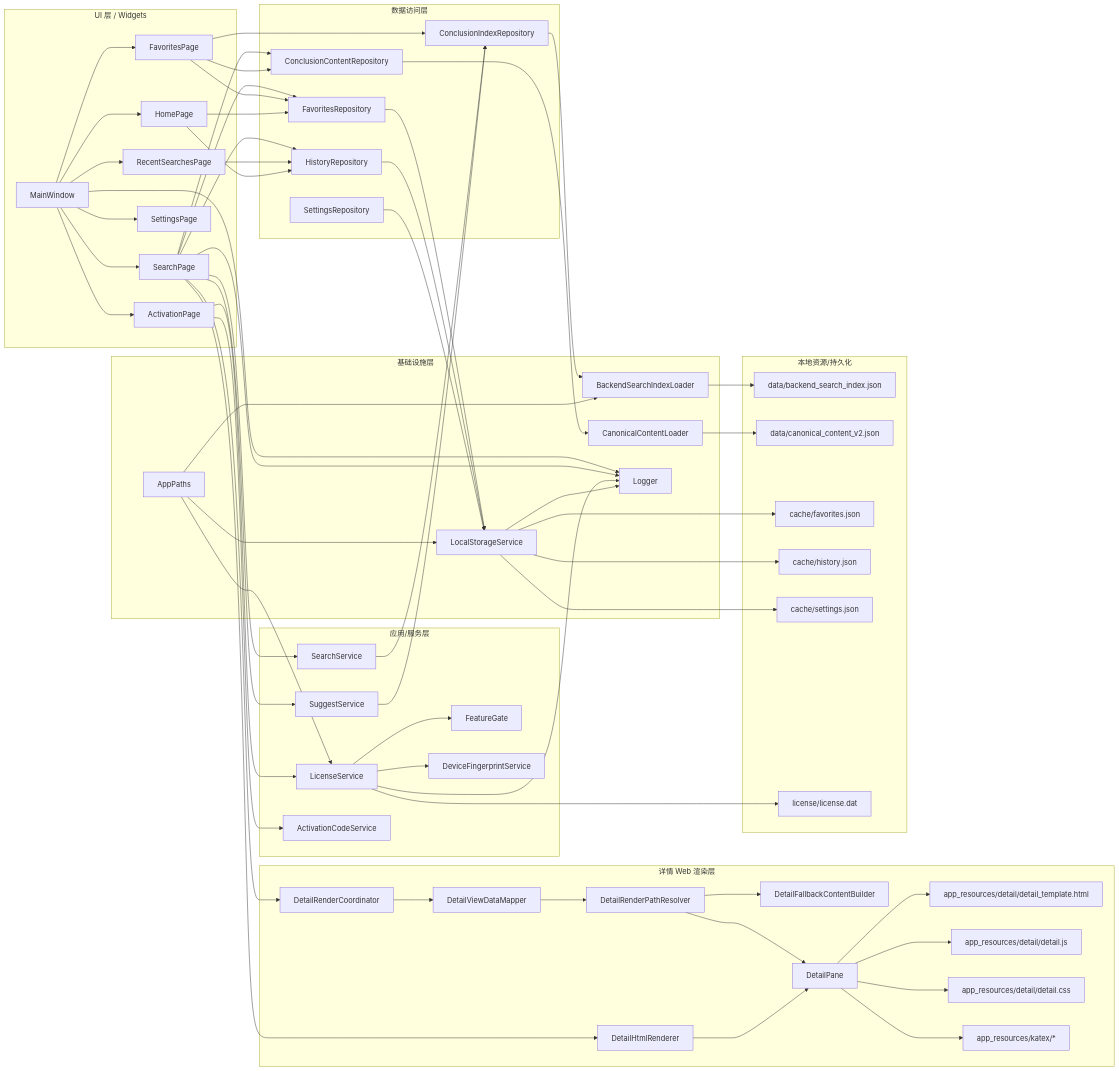
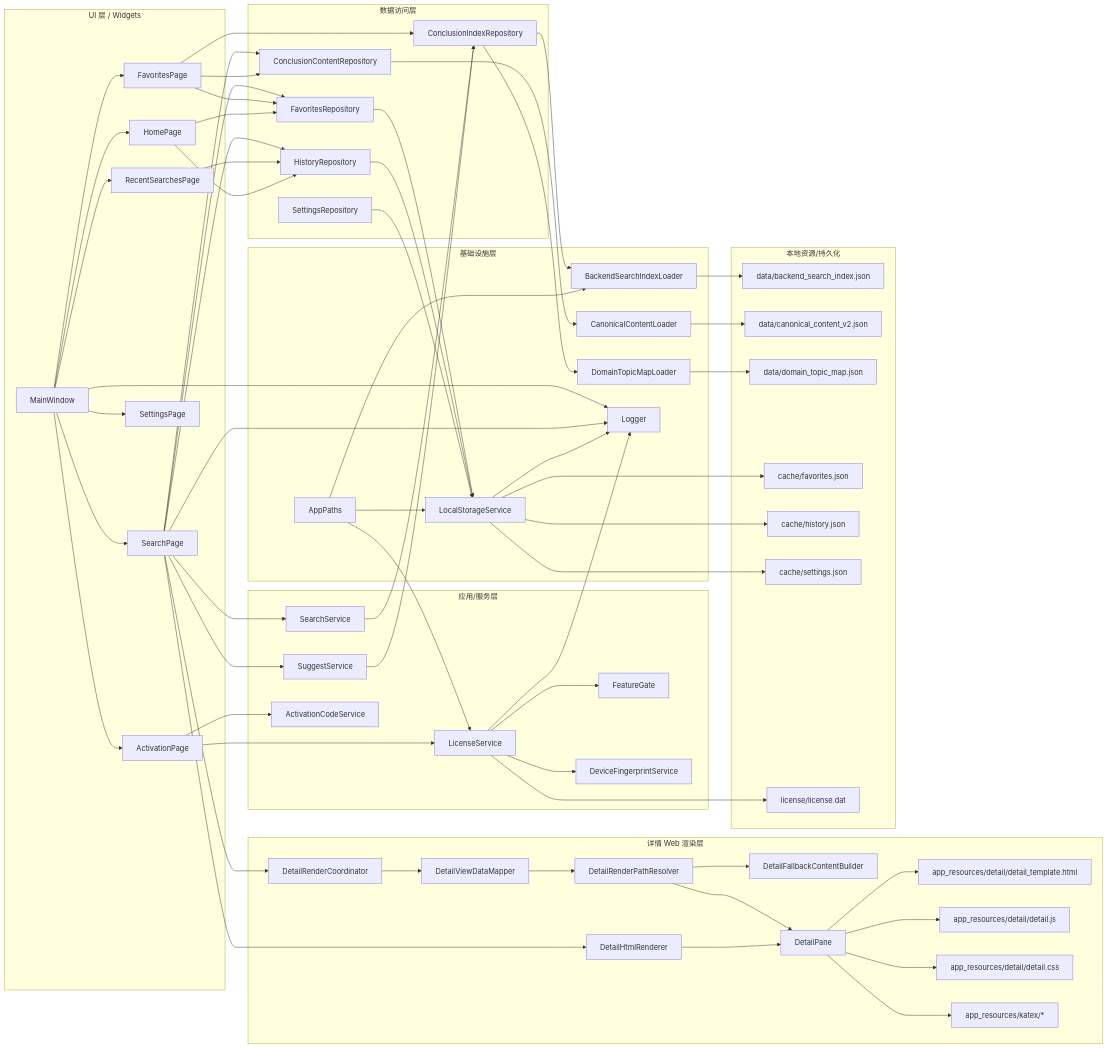
The first of 2 diagrams in docs/system_architecture.md (yfchenggithub/math_search_win), drawn with Mermaid before and after one commit. The commit also changed other lines of this file and 25 other files, not shown here.

Commit message:
增加domain topic json

```diff
--- a/docs/system_architecture.md
+++ b/docs/system_architecture.md
@@ -95,6 +96,7 @@
 
   subgraph Infra[基础设施层]
     IL[BackendSearchIndexLoader]
+    DTL[DomainTopicMapLoader]
     CL[CanonicalContentLoader]
     LSS[LocalStorageService]
     LOG[Logger]
@@ -117,6 +119,7 @@
   subgraph Data[本地资源/持久化]
     IDX[data/backend_search_index.json]
     CNT[data/canonical_content_v2.json]
+    DTM[data/domain_topic_map.json]
     CF[cache/favorites.json]
     CH[cache/history.json]
     CS[cache/settings.json]
@@ -150,6 +153,7 @@
   LS --> DFS
 
   IR --> IL --> IDX
+  IR --> DTL --> DTM
   CR --> CL --> CNT
 
   FR --> LSS --> CF
```
